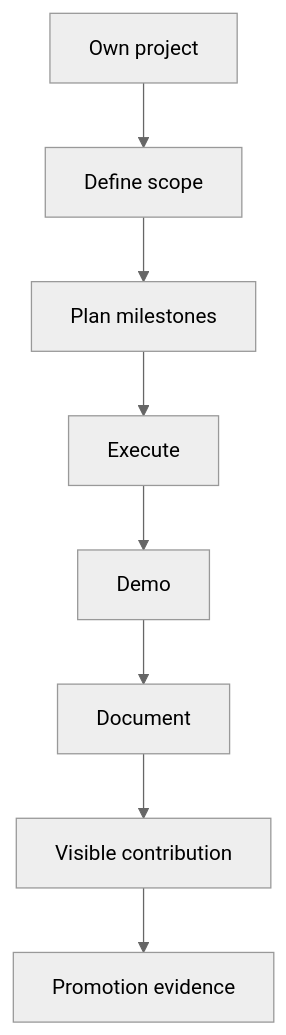
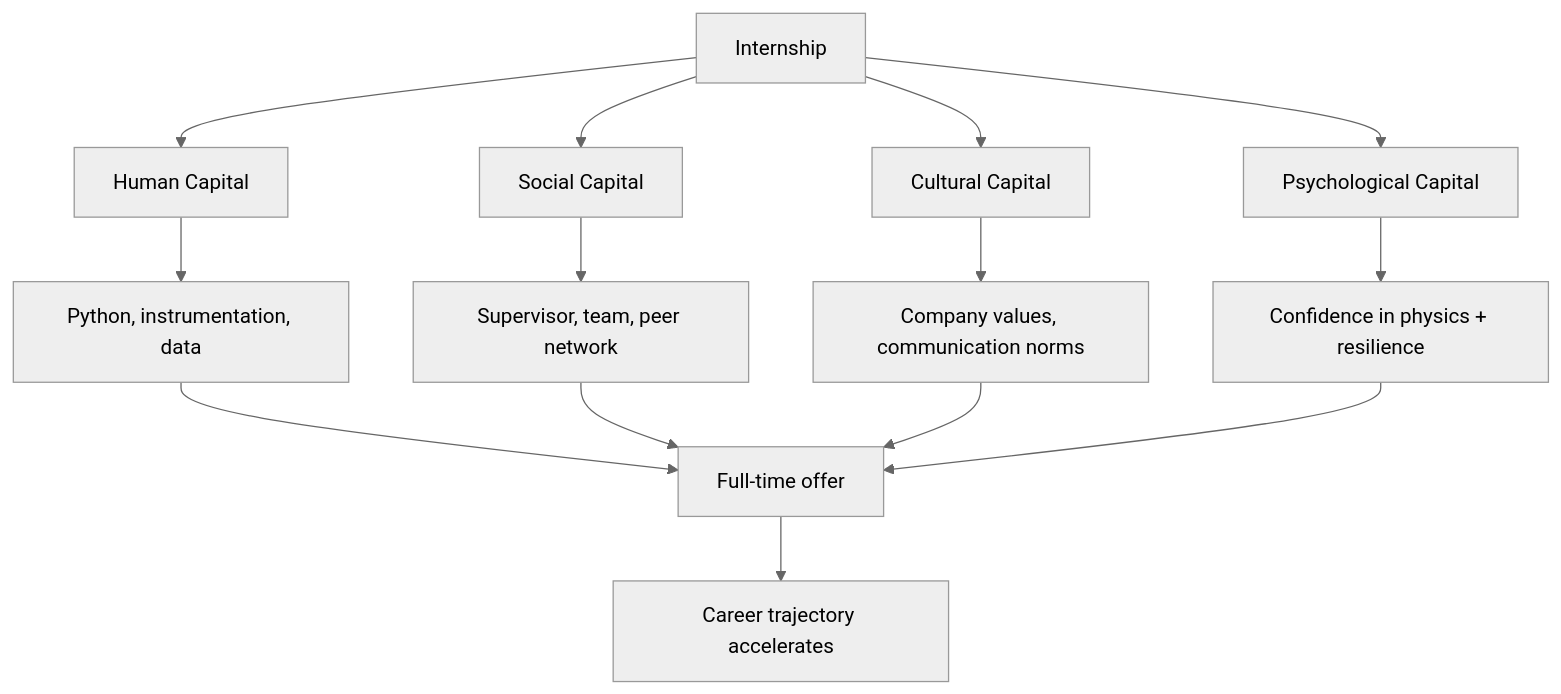
The eighth of 9 diagrams in 01_BSc_Physics/electives/PHYS_3060_Physics_Internship/README.md (yip-lgtm/PhysicsSelfStudy), drawn with Mermaid (neutral theme) before and after one commit. The commit also changed other lines of this file and 4 other files, not shown here.

````diff
--- a/01_BSc_Physics/electives/PHYS_3060_Physics_Internship/README.md
+++ b/01_BSc_Physics/electives/PHYS_3060_Physics_Internship/README.md
@@ -157,10 +625,16 @@
 ```mermaid
 graph TD
-    A[Own project] --> B[Define scope]
-    B --> C[Plan milestones]
-    C --> D[Execute]
-    D --> E[Demo]
-    E --> F[Document]
-    F --> G[Visible contribution]
-    G --> H[Promotion evidence]
+    A[Internship] --> B[Human Capital]
+    A --> C[Social Capital]
+    A --> D[Cultural Capital]
+    A --> E[Psychological Capital]
+    B --> B1[Python, instrumentation, data]
+    C --> C1[Supervisor, team, peer network]
+    D --> D1[Company values, communication norms]
+    E --> E1[Confidence in physics + resilience]
+    B1 --> F[Full-time offer]
+    C1 --> F
+    D1 --> F
+    E1 --> F
+    F --> G[Career trajectory accelerates]
 ```
````
